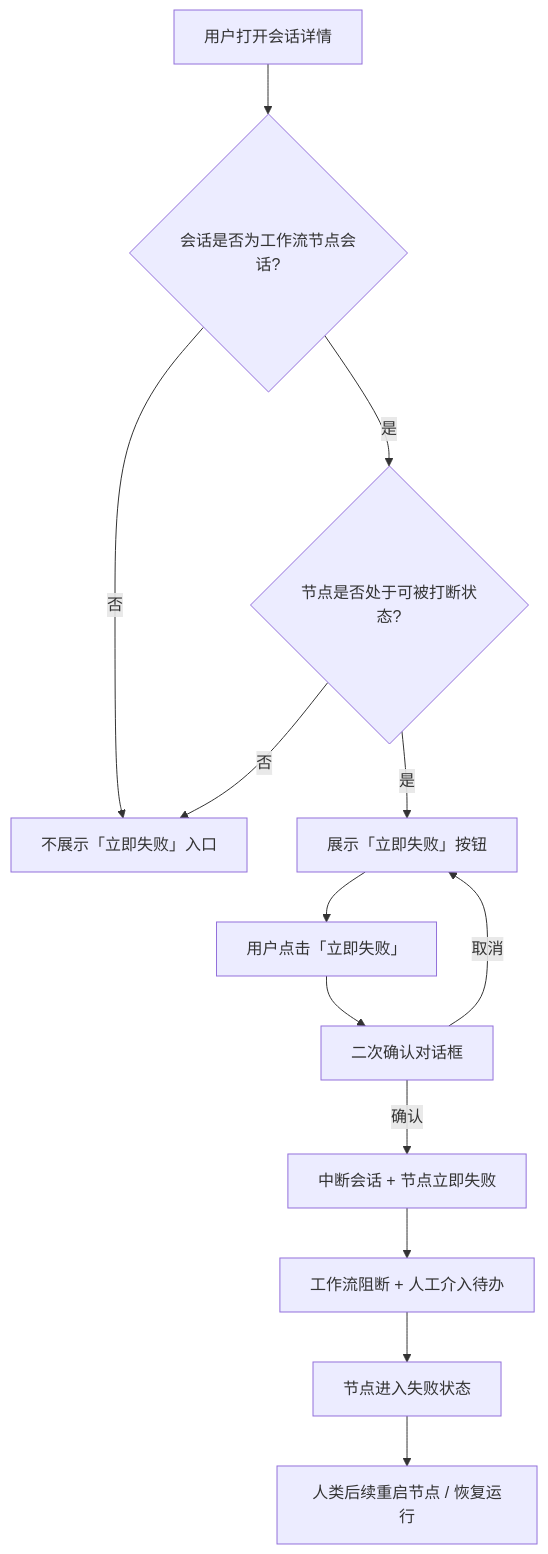
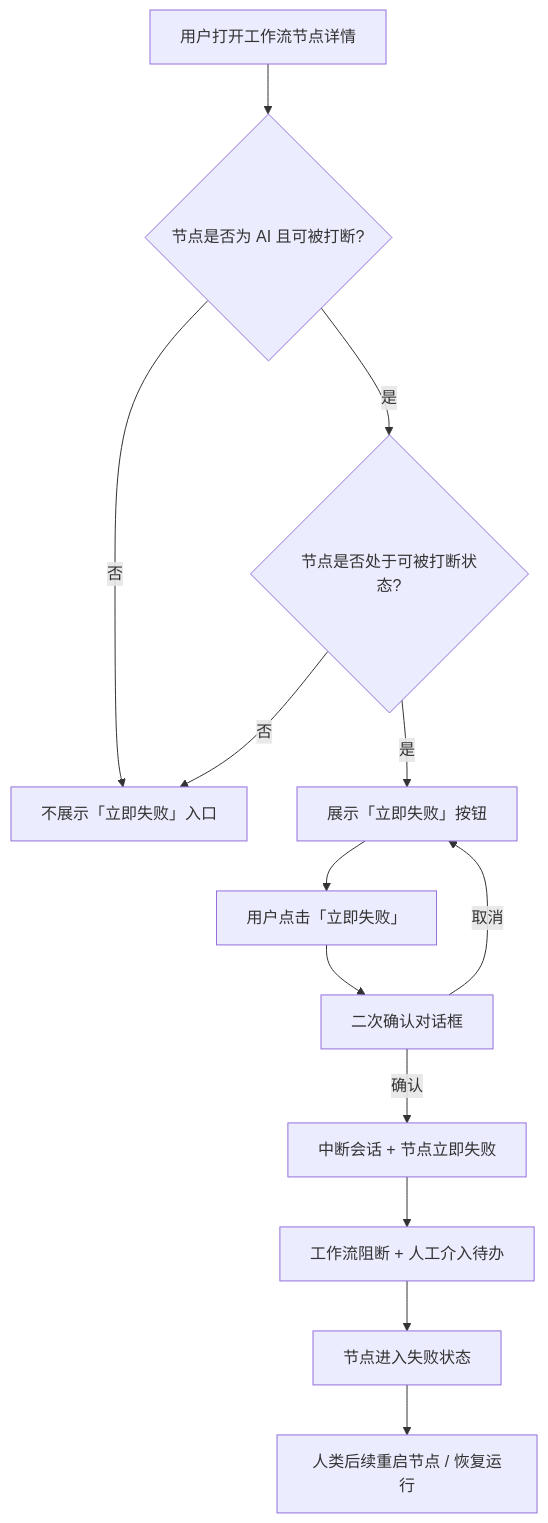
Before and after one commit to Deliay/z-agent-gear: the diagram in docs/product/draft/20261116-workflow-interrupt.md, drawn with Mermaid. The commit also changed other lines of this file and 1 other file, not shown here.

````diff
--- a/docs/product/draft/20261116-workflow-interrupt.md
+++ b/docs/product/draft/20261116-workflow-interrupt.md
@@ -61,15 +61,15 @@
 ```mermaid
 flowchart TD
-    A[用户打开会话详情] --> B{会话是否为工作流节点会话?}
+    A[用户打开工作流节点详情] --> B{节点是否为 AI 且可被打断?}
     B -->|否| C[不展示「立即失败」入口]
     B -->|是| D{节点是否处于可被打断状态?}
     D -->|否| C
     D -->|是| E[展示「立即失败」按钮]
     E --> F[用户点击「立即失败」]
     F --> G[二次确认对话框]
     G -->|取消| E
     G -->|确认| H[中断会话 + 节点立即失败]
     H --> I[工作流阻断 + 人工介入待办]
     I --> J[节点进入失败状态]
     J --> K[人类后续重启节点 / 恢复运行]
 ```
````
